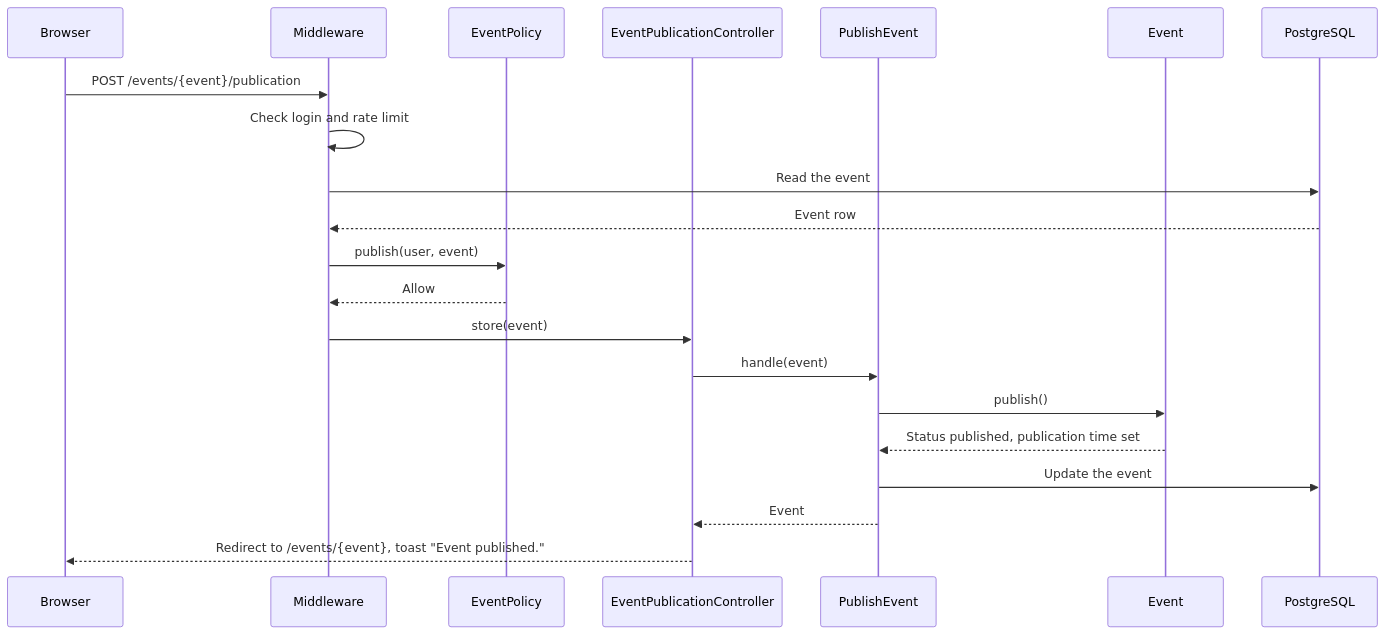
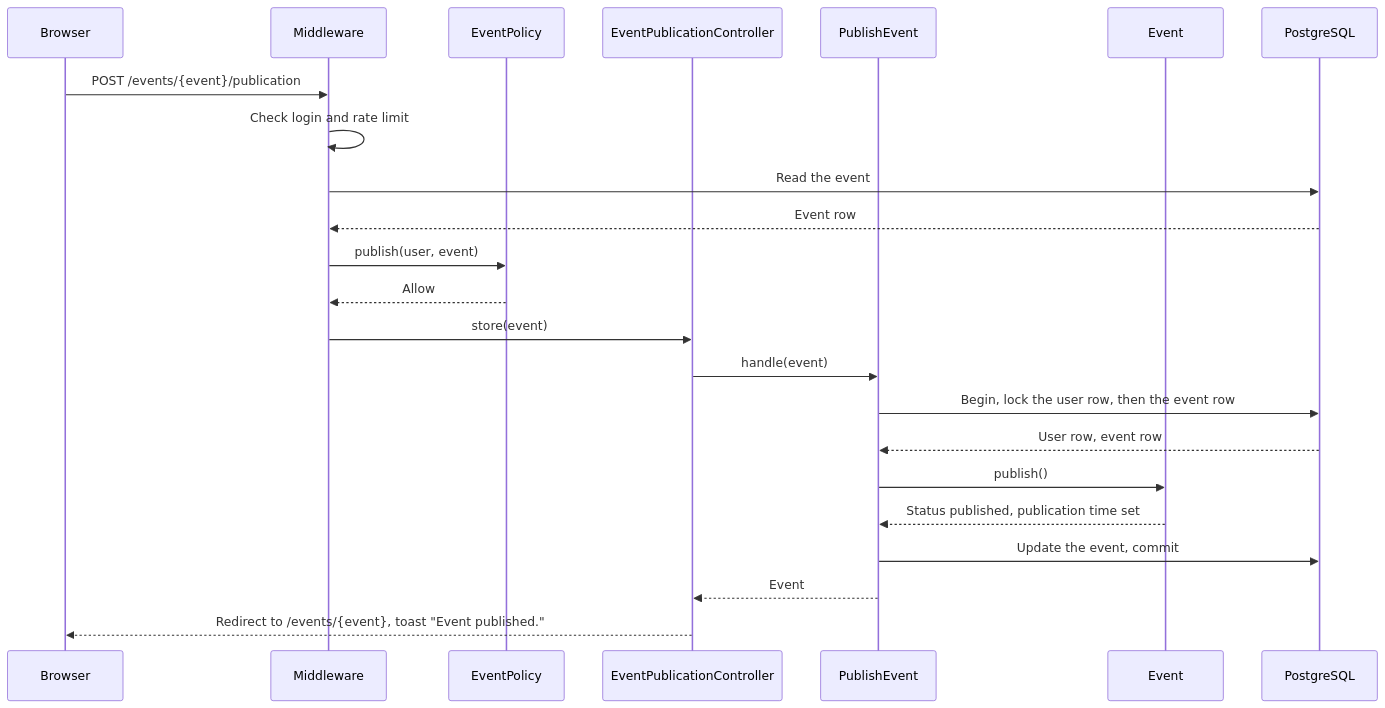
The first of 6 diagrams in app/Actions/PublishEvent/README.md (Leonelmarianog/event-booking-system), drawn with Mermaid before and after one commit. The commit also changed other lines of this file and 5 other files, not shown here.

Commit message:
docs: document DeleteAccount and the user lock, update handoff

````diff
--- a/app/Actions/PublishEvent/README.md
+++ b/app/Actions/PublishEvent/README.md
@@ -24,24 +27,26 @@
 ```mermaid
 sequenceDiagram
     participant Browser
     participant Middleware
     participant Policy as EventPolicy
     participant Controller as EventPublicationController
     participant Action as PublishEvent
     participant Event
     participant DB as PostgreSQL
 
     Browser->>Middleware: POST /events/{event}/publication
     Middleware->>Middleware: Check login and rate limit
     Middleware->>DB: Read the event
     DB-->>Middleware: Event row
     Middleware->>Policy: publish(user, event)
     Policy-->>Middleware: Allow
     Middleware->>Controller: store(event)
     Controller->>Action: handle(event)
+    Action->>DB: Begin, lock the user row, then the event row
+    DB-->>Action: User row, event row
     Action->>Event: publish()
     Event-->>Action: Status published, publication time set
-    Action->>DB: Update the event
+    Action->>DB: Update the event, commit
     Action-->>Controller: Event
     Controller-->>Browser: Redirect to /events/{event}, toast "Event published."
 ```
````
